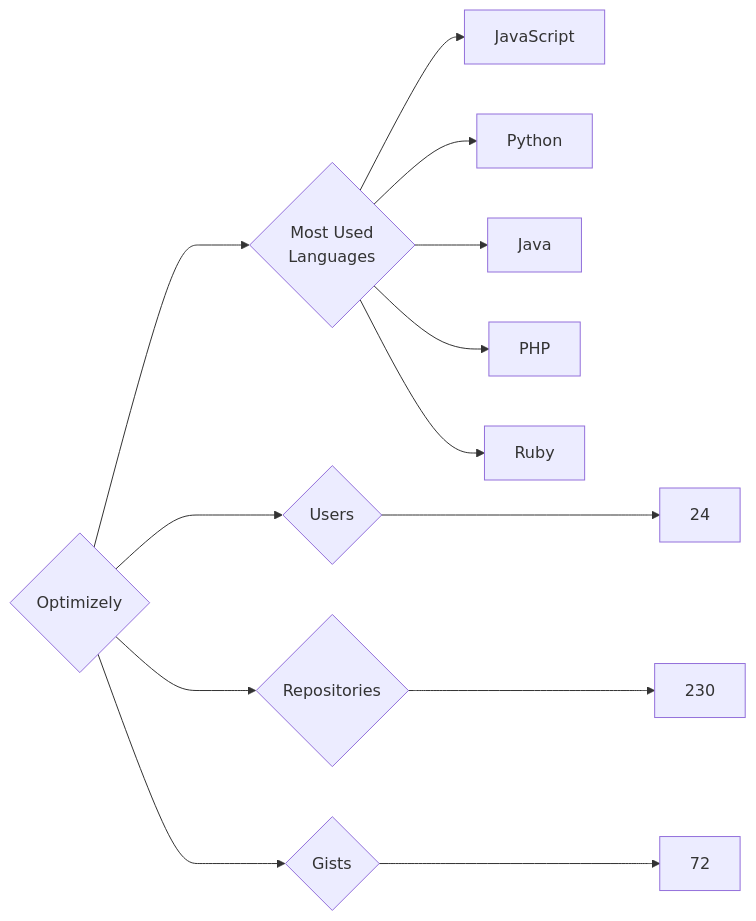
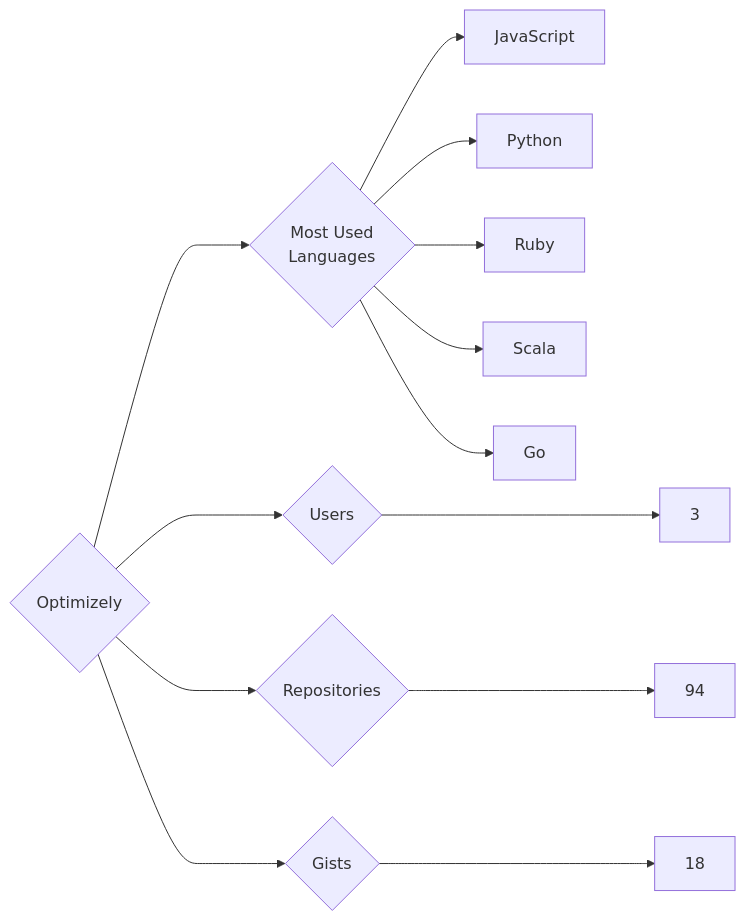
One commit to trickest/insiders changed the diagram in targets/Optimizely/README.md. Above: the diagram before and after it, drawn with Mermaid. The commit also changed 773 other files, not shown here.

````diff
--- a/targets/Optimizely/README.md
+++ b/targets/Optimizely/README.md
@@ -3,13 +3,13 @@
 ```mermaid
 graph LR
 COMPANY_NAME{Optimizely}
-COMPANY_NAME ---> U{Users} ---> UN[24]
-COMPANY_NAME ---> R{Repositories} ---> RN[230]
-COMPANY_NAME ---> G{Gists} ---> GN[72]
+COMPANY_NAME ---> U{Users} ---> UN[3]
+COMPANY_NAME ---> R{Repositories} ---> RN[94]
+COMPANY_NAME ---> G{Gists} ---> GN[18]
 COMPANY_NAME ---> ML{Most Used<br>Languages}
 ML --> JavaScript[JavaScript]
 ML --> Python[Python]
-ML --> Java[Java]
-ML --> PHP[PHP]
 ML --> Ruby[Ruby]
+ML --> Scala[Scala]
+ML --> Go[Go]
 ```
````
